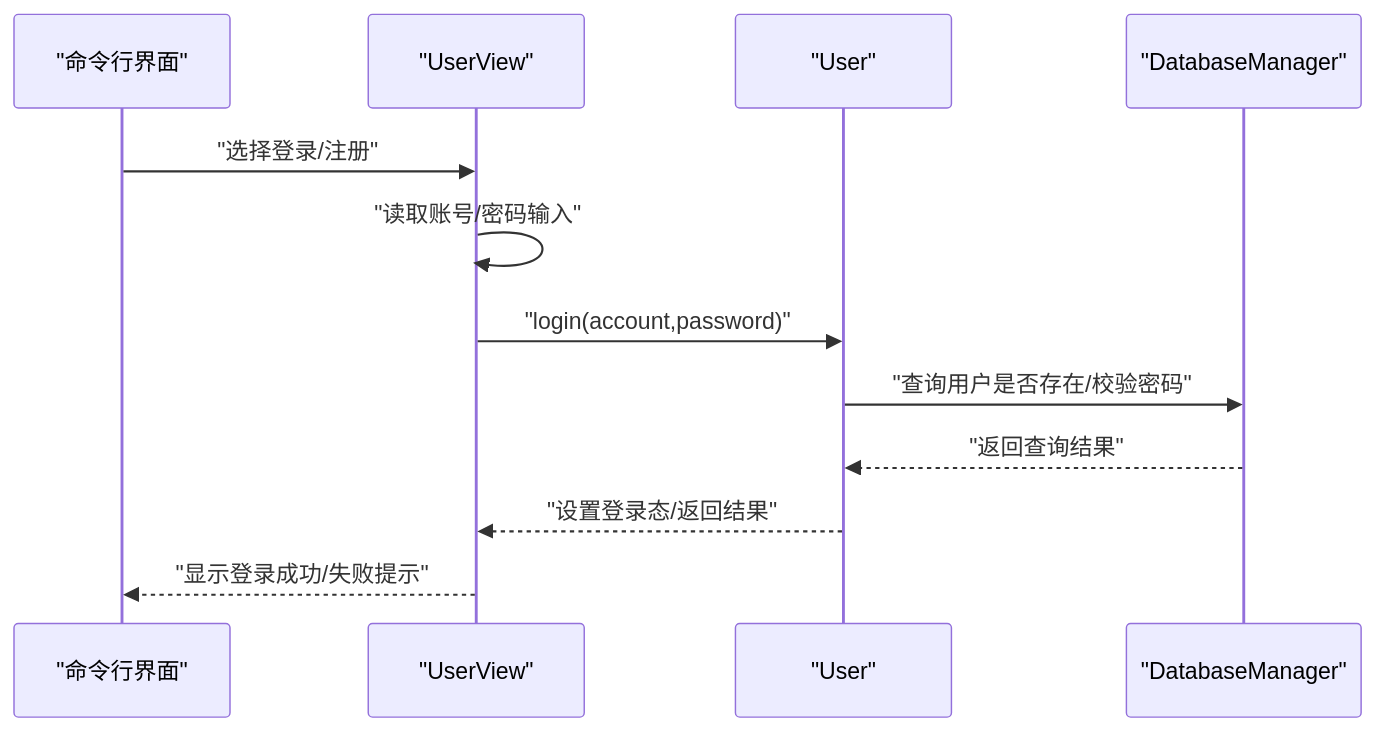
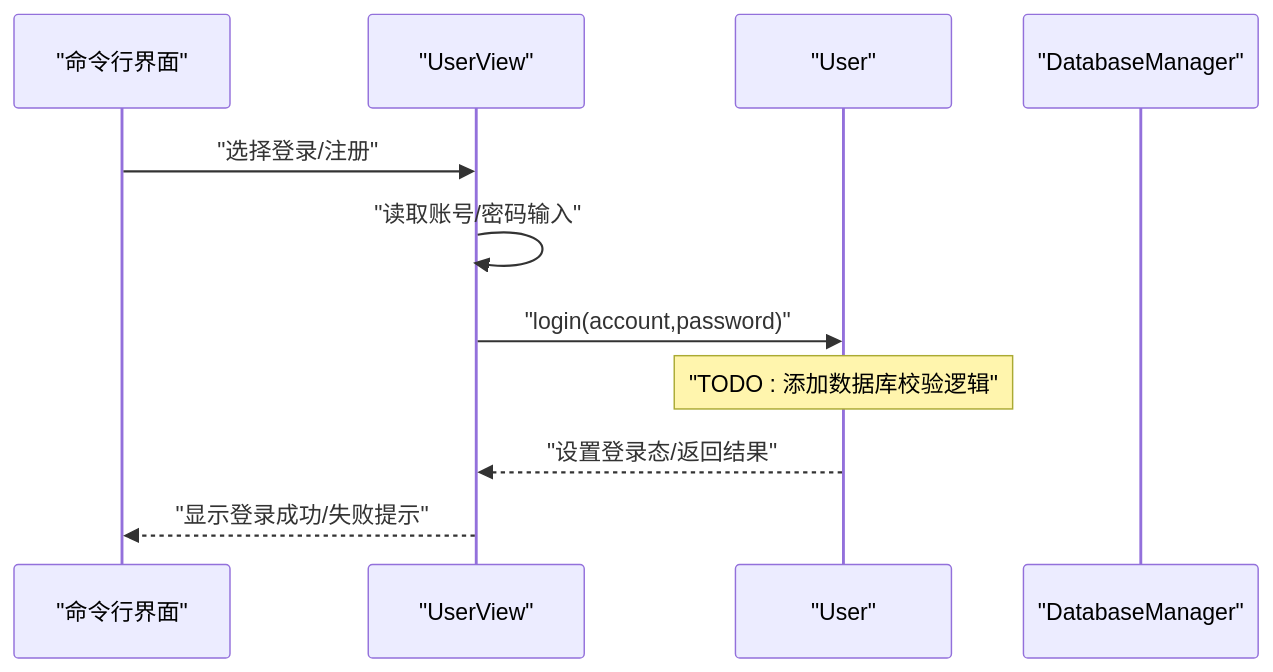
Before and after one commit to jinpeng900/OJ-Test: the third of 7 diagrams in .qoder/repowiki/zh/content/核心功能模块/用户功能模块.md, drawn with Mermaid. The commit also changed other lines of this file and 44 other files, not shown here.

````diff
--- a/.qoder/repowiki/zh/content/核心功能模块/用户功能模块.md
+++ b/.qoder/repowiki/zh/content/核心功能模块/用户功能模块.md
@@ -204,14 +220,13 @@
 ```mermaid
 sequenceDiagram
 participant CLI as "命令行界面"
 participant UV as "UserView"
 participant U as "User"
 participant DB as "DatabaseManager"
 CLI->>UV : "选择登录/注册"
 UV->>UV : "读取账号/密码输入"
 UV->>U : "login(account,password)"
-U->>DB : "查询用户是否存在/校验密码"
-DB-->>U : "返回查询结果"
+Note over U : "TODO : 添加数据库校验逻辑"
 U-->>UV : "设置登录态/返回结果"
 UV-->>CLI : "显示登录成功/失败提示"
 ```
````
